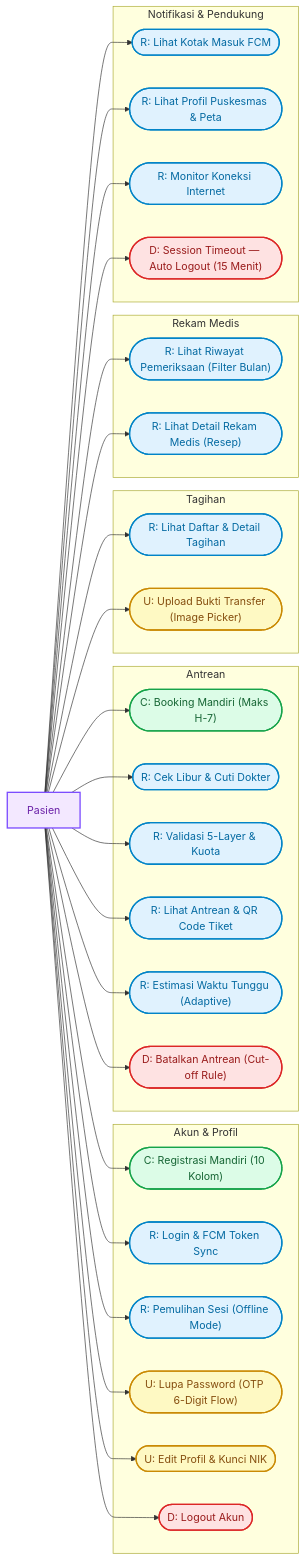
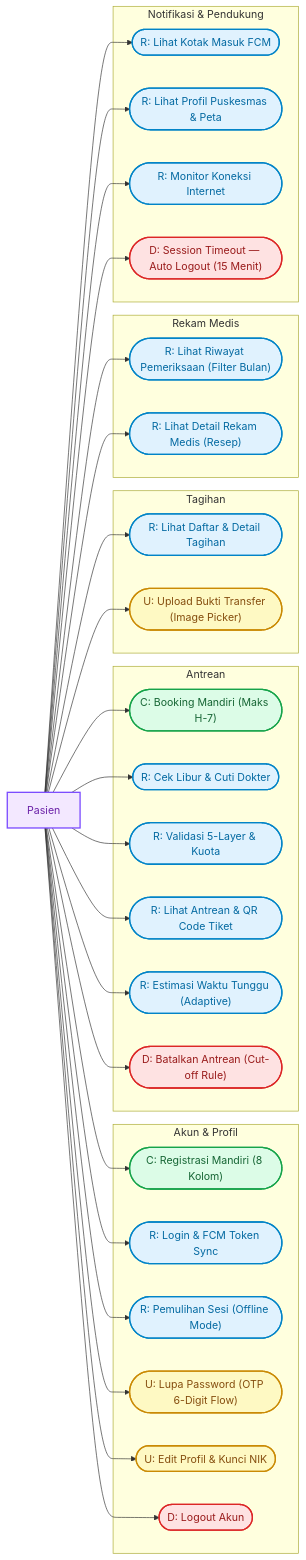
The second of 5 diagrams in dokumentasi/USECASE_DIAGRAM.md (Rezi14/NalaSeva-Mobile-Test), drawn with Mermaid before and after one commit. The commit also changed other lines of this file and 168 other files, not shown here.

````diff
--- a/dokumentasi/USECASE_DIAGRAM.md
+++ b/dokumentasi/USECASE_DIAGRAM.md
@@ -168,66 +168,66 @@
 ```mermaid
 flowchart LR
   classDef actorStyle fill:#f3e8ff,stroke:#7c4dff,stroke-width:2px,color:#6b21a8;
   classDef cStyle fill:#dcfce7,stroke:#16a34a,stroke-width:2px,color:#166534;
   classDef rStyle fill:#e0f2fe,stroke:#0284c7,stroke-width:2px,color:#0369a1;
   classDef uStyle fill:#fef9c3,stroke:#ca8a04,stroke-width:2px,color:#854d0e;
   classDef dStyle fill:#fee2e2,stroke:#dc2626,stroke-width:2px,color:#991b1b;
 
   Pasien[Pasien]:::actorStyle
 
   subgraph Akun ["Akun & Profil"]
-    C1(["C: Registrasi Mandiri (10 Kolom)"]):::cStyle
+    C1(["C: Registrasi Mandiri (8 Kolom)"]):::cStyle
     R1(["R: Login & FCM Token Sync"]):::rStyle
     R2(["R: Pemulihan Sesi (Offline Mode)"]):::rStyle
     U1(["U: Lupa Password (OTP 6-Digit Flow)"]):::uStyle
     U2(["U: Edit Profil & Kunci NIK"]):::uStyle
     D1(["D: Logout Akun"]):::dStyle
   end
 
   subgraph Antrean ["Antrean"]
     C2(["C: Booking Mandiri (Maks H-7)"]):::cStyle
     R3(["R: Cek Libur & Cuti Dokter"]):::rStyle
     R4(["R: Validasi 5-Layer & Kuota"]):::rStyle
     R5(["R: Lihat Antrean & QR Code Tiket"]):::rStyle
     R6(["R: Estimasi Waktu Tunggu (Adaptive)"]):::rStyle
     D2(["D: Batalkan Antrean (Cut-off Rule)"]):::dStyle
   end
 
   subgraph Tagihan ["Tagihan"]
     R7(["R: Lihat Daftar & Detail Tagihan"]):::rStyle
     U3(["U: Upload Bukti Transfer (Image Picker)"]):::uStyle
   end
 
   subgraph RekamMedis ["Rekam Medis"]
     R8(["R: Lihat Riwayat Pemeriksaan (Filter Bulan)"]):::rStyle
     R9(["R: Lihat Detail Rekam Medis (Resep)"]):::rStyle
   end
 
   subgraph NotifPeta ["Notifikasi & Pendukung"]
     R10(["R: Lihat Kotak Masuk FCM"]):::rStyle
     R11(["R: Lihat Profil Puskesmas & Peta"]):::rStyle
     R12(["R: Monitor Koneksi Internet"]):::rStyle
     D_ST(["D: Session Timeout — Auto Logout (15 Menit)"]):::dStyle
   end
 
   Pasien --> C1
   Pasien --> R1
   Pasien --> R2
   Pasien --> U1
   Pasien --> U2
   Pasien --> D1
   Pasien --> C2
   Pasien --> R3
   Pasien --> R4
   Pasien --> R5
   Pasien --> R6
   Pasien --> D2
   Pasien --> R7
   Pasien --> U3
   Pasien --> R8
   Pasien --> R9
   Pasien --> R10
   Pasien --> R11
   Pasien --> R12
   Pasien --> D_ST
 ```
````
